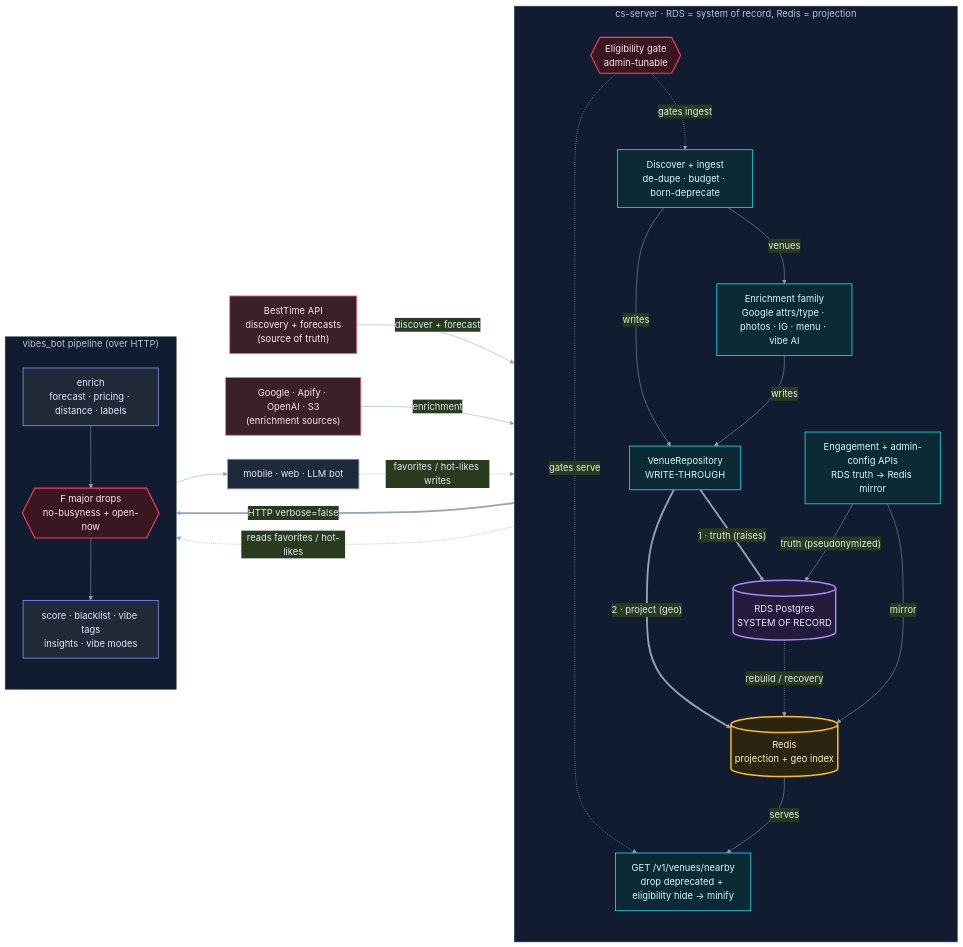
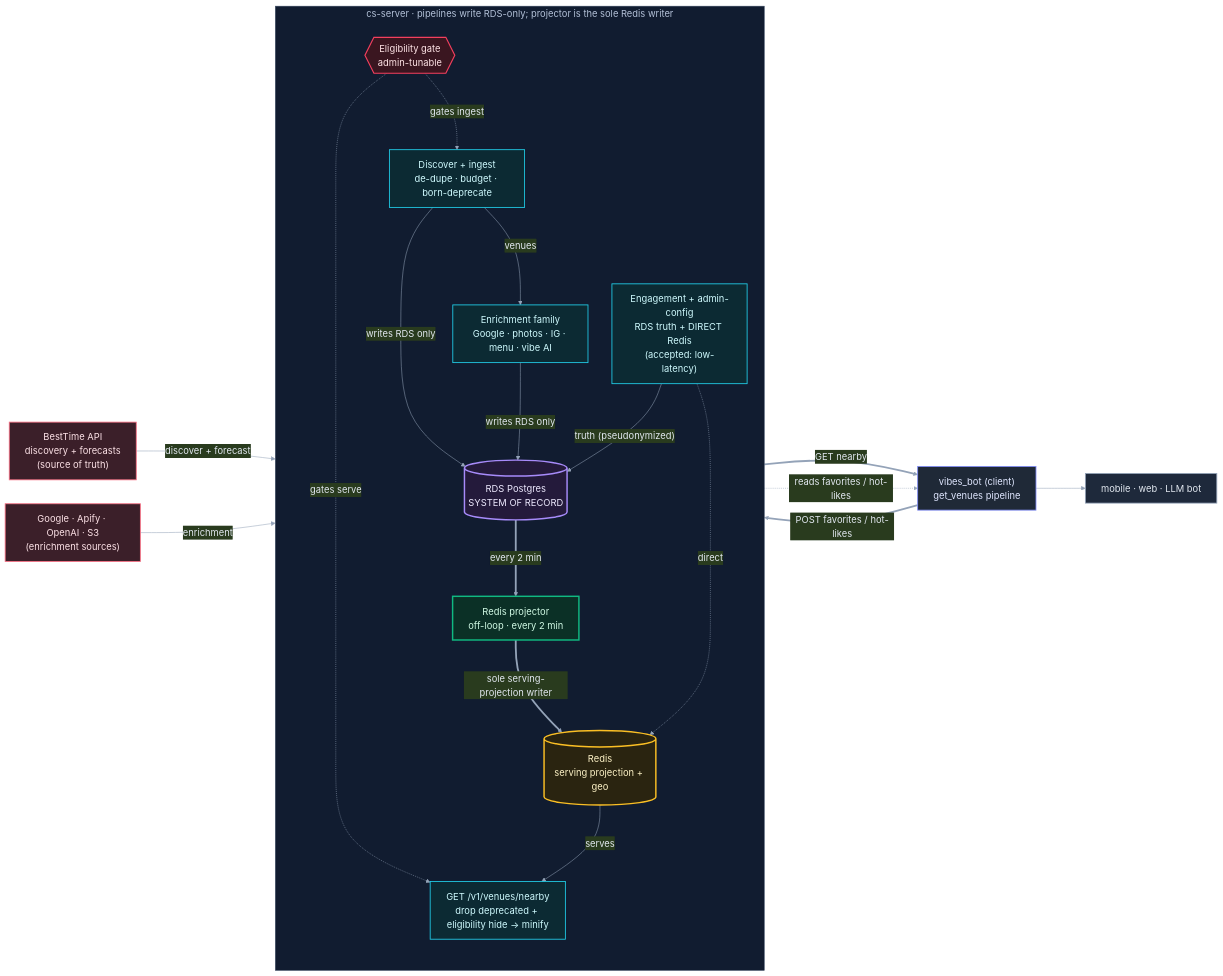
One commit to marlonreghert/cs-server changed the diagram in docs/diagrams/0_overview.mmd. Above: the diagram before and after it, drawn with Mermaid. The commit also changed 13 other files, not shown here.

Commit message:
docs: split venue flow diagrams into cs-server + vibes_bot

```diff
--- a/docs/diagrams/0_overview.mmd
+++ b/docs/diagrams/0_overview.mmd
@@ -1,51 +1,45 @@
 %%{init: {'theme':'base','themeVariables':{'fontSize':'18px','primaryColor':'#1e293b','primaryTextColor':'#e2e8f0','lineColor':'#94a3b8','clusterBkg':'#111c30','clusterBorder':'#3a4a63'},'flowchart':{'curve':'basis','nodeSpacing':46,'rankSpacing':95}}}%%
 flowchart LR
   classDef src fill:#3b1f29,stroke:#fb7185,color:#fde2e7,stroke-width:1.6px;
   classDef act fill:#0c2a33,stroke:#22d3ee,color:#cffafe,stroke-width:1.6px;
   classDef filt fill:#3a1620,stroke:#f43f5e,color:#ffe4e6,stroke-width:2.2px;
   classDef rds fill:#241a3b,stroke:#a78bfa,color:#ede9fe,stroke-width:2.8px;
   classDef store fill:#2a2410,stroke:#fbbf24,color:#fef3c7,stroke-width:2.8px;
+  classDef proj fill:#0b3026,stroke:#10b981,color:#d1fae5,stroke-width:2.8px;
   classDef vb fill:#1f2937,stroke:#818cf8,color:#e0e7ff,stroke-width:1.6px;
   classDef out fill:#1e293b,stroke:#94a3b8,color:#e2e8f0,stroke-width:1.6px;
 
   BT["BestTime API<br/>discovery + forecasts<br/>(source of truth)"]:::src
   ENRSRC["Google · Apify · OpenAI · S3<br/>(enrichment sources)"]:::src
 
-  subgraph CS["cs-server  ·  RDS = system of record, Redis = projection"]
+  subgraph CS["cs-server  ·  pipelines write RDS-only; projector is the sole Redis writer"]
     direction TB
     ING["Discover + ingest<br/>de-dupe · budget · born-deprecate"]:::act
-    ENR["Enrichment family<br/>Google attrs/type · photos · IG · menu · vibe AI"]:::act
+    ENR["Enrichment family<br/>Google · photos · IG · menu · vibe AI"]:::act
     ELG{{"Eligibility gate<br/>admin-tunable"}}:::filt
-    WT["VenueRepository<br/>WRITE-THROUGH"]:::act
     RDS[("RDS Postgres<br/>SYSTEM OF RECORD")]:::rds
-    REDIS[("Redis<br/>projection + geo index")]:::store
+    PROJ["Redis projector<br/>off-loop · every 2 min"]:::proj
+    REDIS[("Redis<br/>serving projection + geo")]:::store
     SERVE["GET /v1/venues/nearby<br/>drop deprecated + eligibility hide -> minify"]:::act
-    ENG["Engagement + admin-config APIs<br/>RDS truth -> Redis mirror"]:::act
+    CARVE["Engagement + admin-config<br/>RDS truth + DIRECT Redis<br/>(accepted: low-latency)"]:::act
   end
 
-  subgraph VB["vibes_bot pipeline (over HTTP)"]
-    direction TB
-    VENR["enrich<br/>forecast · pricing · distance · labels"]:::vb
-    VFILT{{"F major drops<br/>no-busyness + open-now"}}:::filt
-    VMODE["score · blacklist · vibe tags<br/>insights · vibe modes"]:::vb
-  end
-
+  VB["vibes_bot (client)<br/>get_venues pipeline"]:::vb
   USER["mobile · web · LLM bot"]:::out
 
   BT -->|"discover + forecast"| ING
   ENRSRC -->|"enrichment"| ENR
   ING -->|"venues"| ENR
   ELG -.->|"gates ingest"| ING
   ELG -.->|"gates serve"| SERVE
-  ING -->|"writes"| WT
-  ENR -->|"writes"| WT
-  WT ==>|"1 · truth (raises)"| RDS
-  WT ==>|"2 · project (geo)"| REDIS
-  RDS -.->|"rebuild / recovery"| REDIS
+  ING -->|"writes RDS only"| RDS
+  ENR -->|"writes RDS only"| RDS
+  RDS ==>|"every 2 min"| PROJ
+  PROJ ==>|"sole serving-projection writer"| REDIS
   REDIS -->|"serves"| SERVE
-  SERVE ==>|"HTTP verbose=false"| VENR
-  VENR --> VFILT --> VMODE --> USER
-  USER -.->|"favorites / hot-likes writes"| ENG
-  ENG -->|"truth (pseudonymized)"| RDS
-  ENG -->|"mirror"| REDIS
-  REDIS -.->|"reads favorites / hot-likes"| VENR
+  SERVE ==>|"GET nearby"| VB
+  VB --> USER
+  VB ==>|"POST favorites / hot-likes"| CARVE
+  CARVE -->|"truth (pseudonymized)"| RDS
+  CARVE -.->|"direct"| REDIS
+  REDIS -.->|"reads favorites / hot-likes"| VB
```
